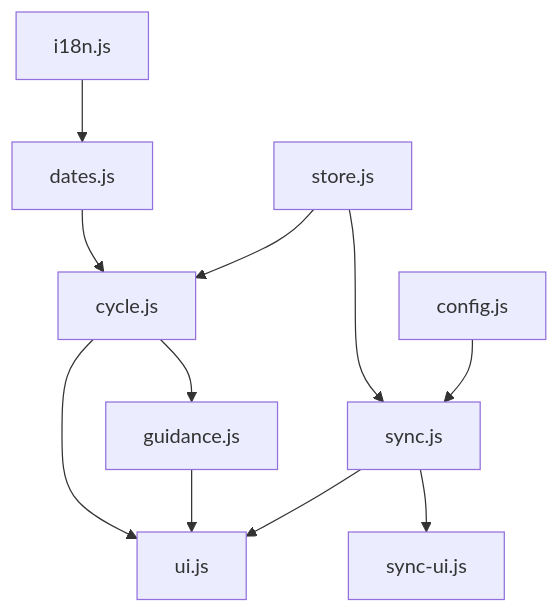
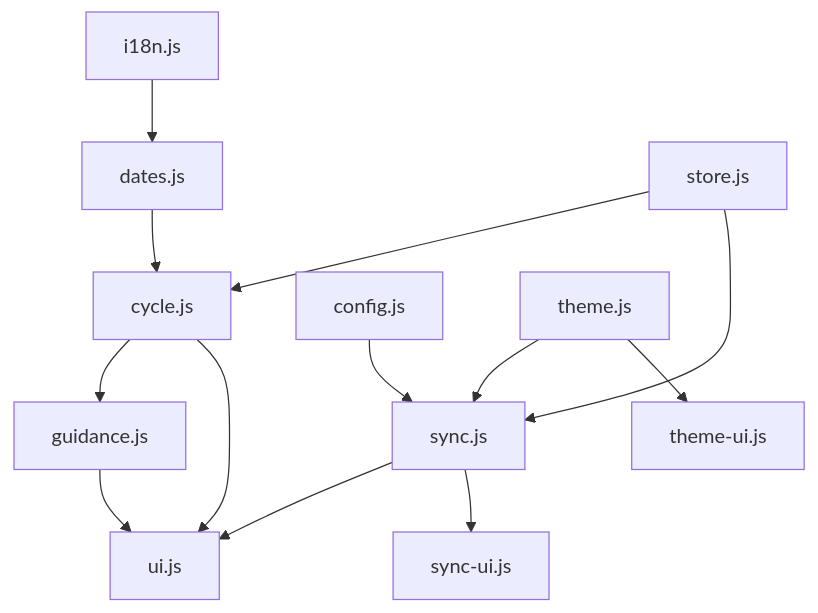
One commit to ChrystalFSC/lilac changed the sixth of 6 diagrams in README.md. Above: the diagram before and after it, drawn with Mermaid. The commit also changed other lines of this file and 13 other files, not shown here.

````diff
--- a/README.md
+++ b/README.md
@@ -248,13 +282,15 @@
 ```mermaid
 flowchart TD
     i18n["i18n.js"] --> dates["dates.js"]
     dates --> cycle["cycle.js"]
     store["store.js"] --> cycle
     cycle --> guidance["guidance.js"]
     store --> sync["sync.js"]
     config["config.js"] --> sync
     cycle --> ui["ui.js"]
     guidance --> ui
     sync --> ui
     sync --> syncui["sync-ui.js"]
+    theme["theme.js"] --> sync
+    theme --> themeui["theme-ui.js"]
 ```
````
